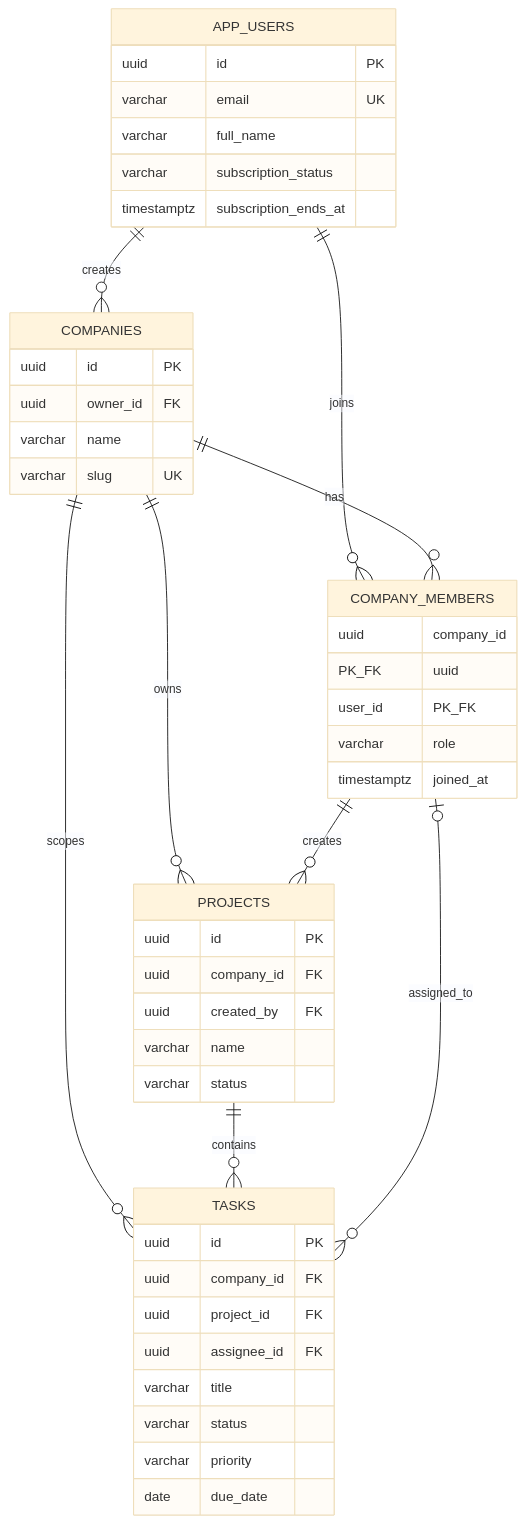
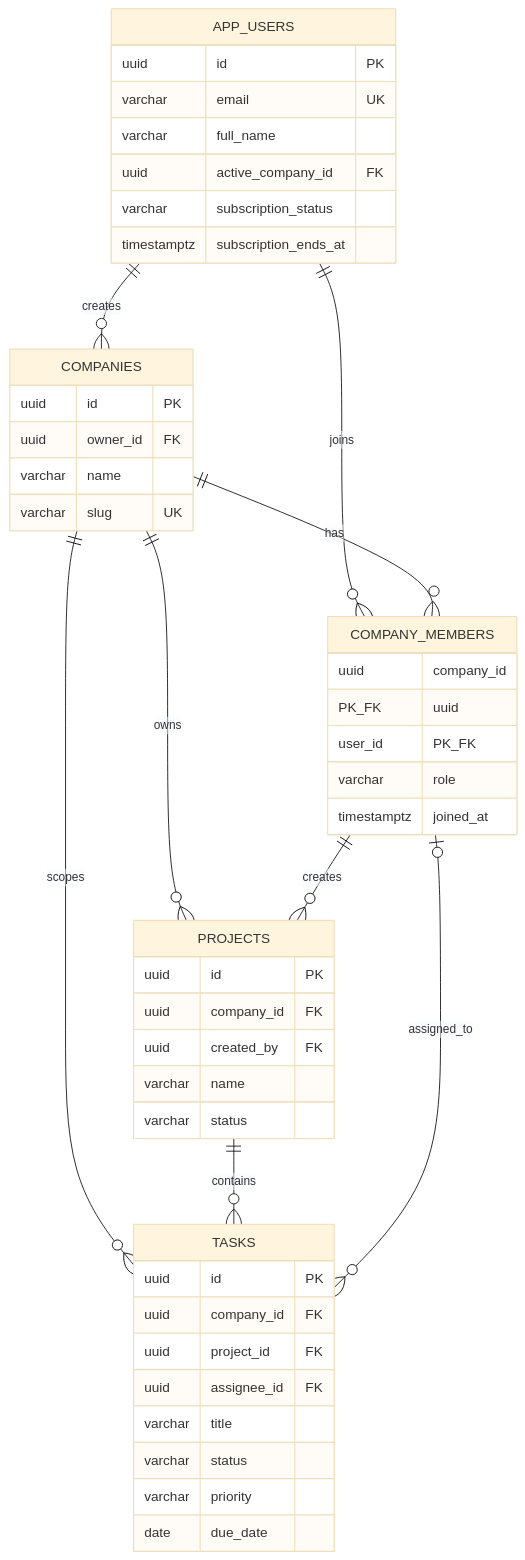
One commit to ericmuliawan/saas-project changed the diagram in docs/database-erd.md. Above: the diagram before and after it, drawn with Mermaid (base theme). The commit also changed other lines of this file and 51 other files, not shown here.

````diff
--- a/docs/database-erd.md
+++ b/docs/database-erd.md
@@ -3,52 +3,53 @@
 ```mermaid
 erDiagram
     APP_USERS ||--o{ COMPANIES : creates
     APP_USERS ||--o{ COMPANY_MEMBERS : joins
     COMPANIES ||--o{ COMPANY_MEMBERS : has
     COMPANIES ||--o{ PROJECTS : owns
     COMPANY_MEMBERS ||--o{ PROJECTS : creates
     COMPANIES ||--o{ TASKS : scopes
     PROJECTS ||--o{ TASKS : contains
     COMPANY_MEMBERS o|--o{ TASKS : assigned_to
 
     APP_USERS {
         uuid id PK
         varchar email UK
         varchar full_name
+        uuid active_company_id FK
         varchar subscription_status
         timestamptz subscription_ends_at
     }
 
     COMPANIES {
         uuid id PK
         uuid owner_id FK
         varchar name
         varchar slug UK
     }
 
     COMPANY_MEMBERS {
         uuid company_id PK_FK
         uuid user_id PK_FK
         varchar role
         timestamptz joined_at
     }
 
     PROJECTS {
         uuid id PK
         uuid company_id FK
         uuid created_by FK
         varchar name
         varchar status
     }
 
     TASKS {
         uuid id PK
         uuid company_id FK
         uuid project_id FK
         uuid assignee_id FK
         varchar title
         varchar status
         varchar priority
         date due_date
     }
 ```
````
